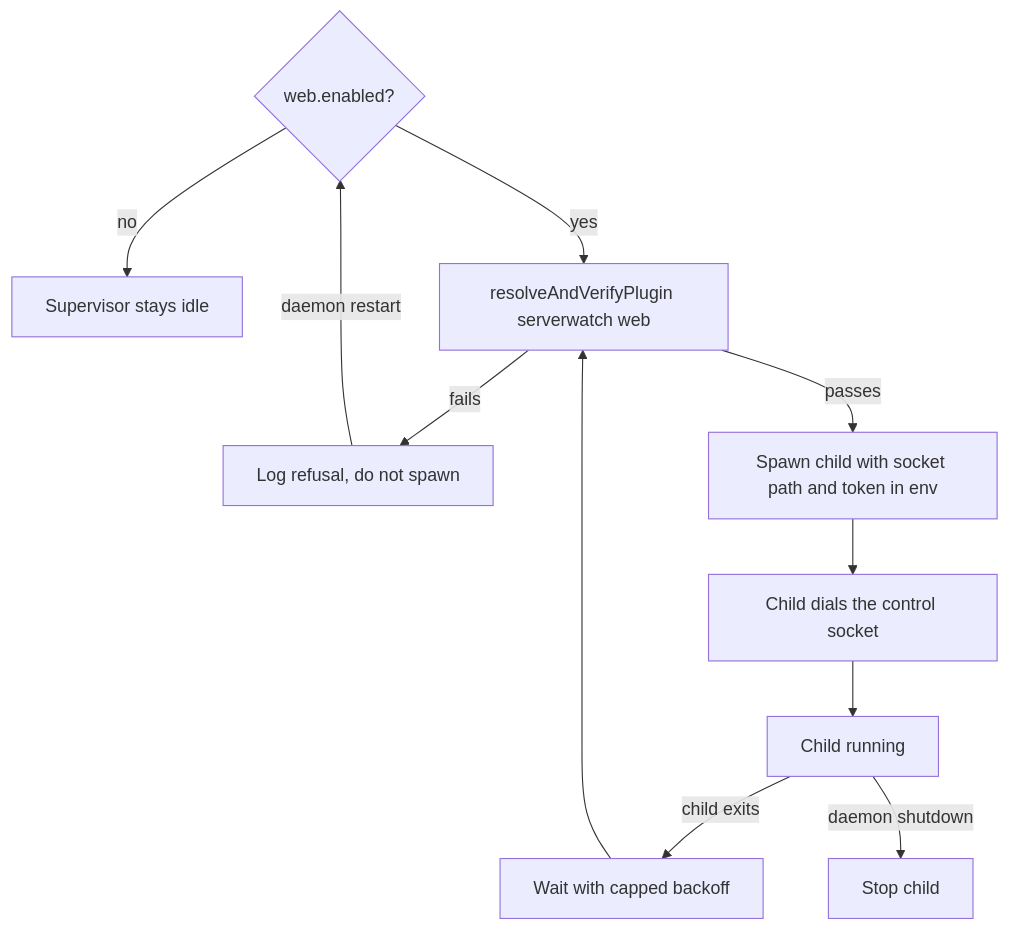
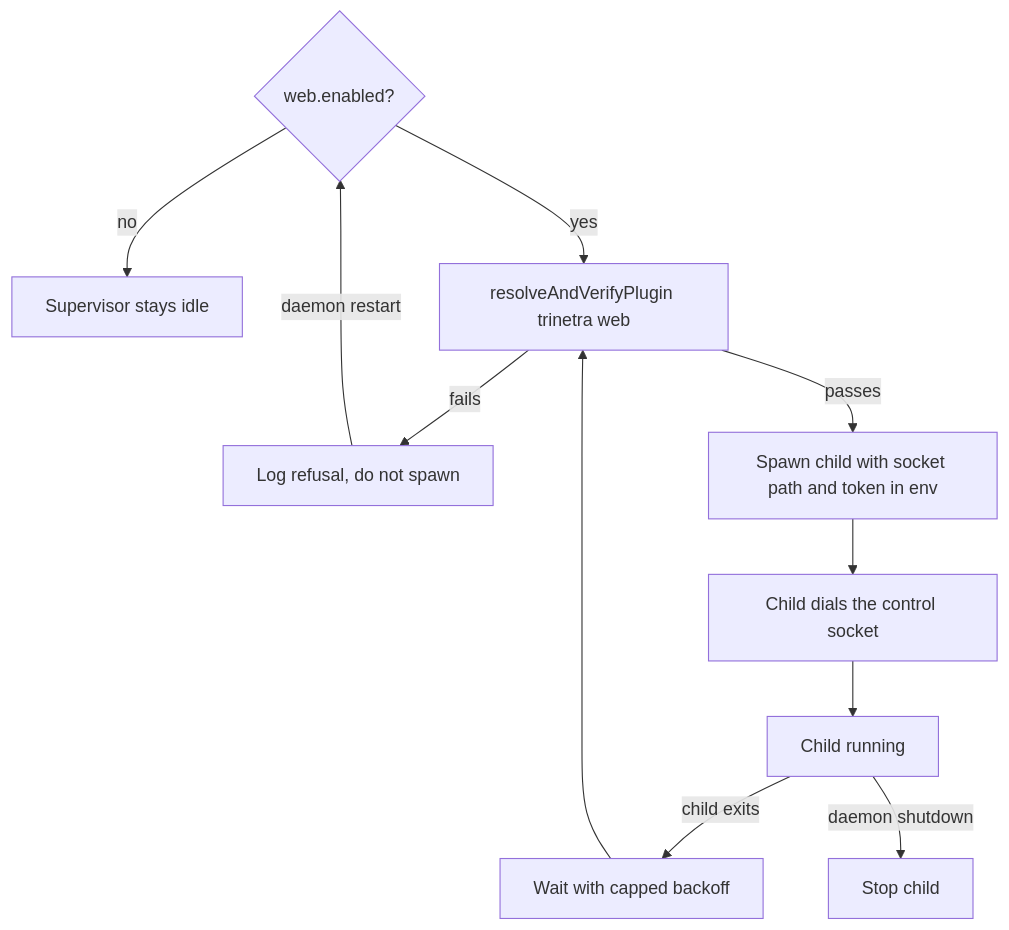
The fourth of 7 diagrams in docs/handbook/02-architecture.md (InfoDiveLabs/trinetra), drawn with Mermaid before and after one commit. The commit also changed other lines of this file and 20 other files, not shown here.

````diff
--- a/docs/handbook/02-architecture.md
+++ b/docs/handbook/02-architecture.md
@@ -366,13 +369,13 @@
 ```mermaid
 flowchart TD
   enabled{web.enabled?} -->|no| idle[Supervisor stays idle]
-  enabled -->|yes| verify[resolveAndVerifyPlugin serverwatch web]
+  enabled -->|yes| verify[resolveAndVerifyPlugin trinetra web]
   verify -->|fails| refuse[Log refusal, do not spawn]
   refuse -->|daemon restart| enabled
   verify -->|passes| spawn[Spawn child with socket path and token in env]
   spawn --> dial[Child dials the control socket]
   dial --> running[Child running]
   running -->|child exits| backoff[Wait with capped backoff]
   backoff --> verify
   running -->|daemon shutdown| stop[Stop child]
 ```
````
